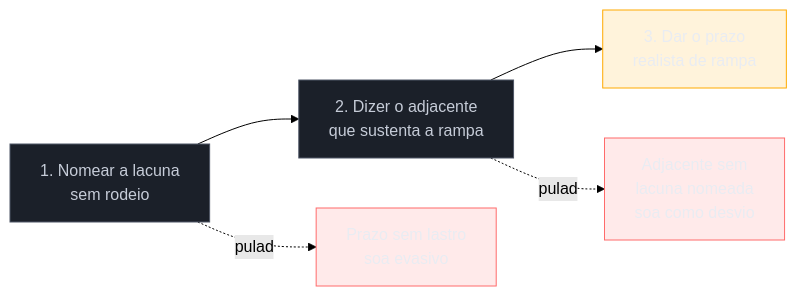
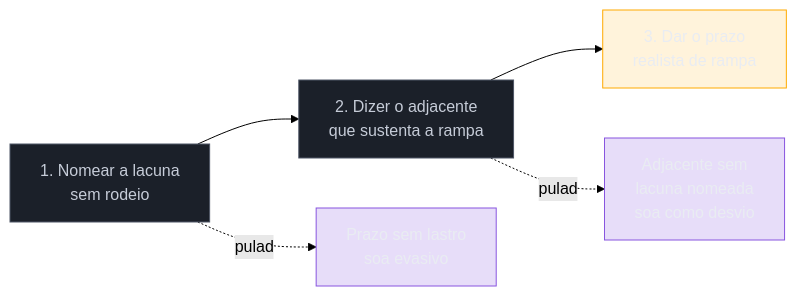
Before and after one commit to josenaldo/codex-technomanticus: the second of 2 diagrams in 03-Dominios/Carreira/Currículo/19 - Declarar lacuna.md, drawn with Mermaid (forest theme). The commit also changed other lines of this file and 601 other files, not shown here.

````diff
--- a/03-Dominios/Carreira/Currículo/19 - Declarar lacuna.md
+++ b/03-Dominios/Carreira/Currículo/19 - Declarar lacuna.md
@@ -136,17 +136,17 @@
 ```mermaid
 graph LR
+    classDef marca fill:#8855DF33,stroke:#8855DF,color:#E9ECF2
     classDef neutro fill:#1B2029,stroke:#4E5666,color:#C6CCD8
     classDef destaque fill:#FFAA0024,stroke:#FFAA00,color:#E9ECF2
-    classDef falha fill:#FF6B6B24,stroke:#FF6B6B,color:#E9ECF2
     N["1. Nomear a lacuna<br/>sem rodeio"] --> A["2. Dizer o adjacente<br/>que sustenta a rampa"]
     A --> P["3. Dar o prazo<br/>realista de rampa"]
 
     N -.pulado.-> E1["Prazo sem lastro<br/>soa evasivo"]
     A -.pulado.-> E2["Adjacente sem<br/>lacuna nomeada<br/>soa como desvio"]
 
     class N neutro
     class A neutro
     class P destaque
-    class E1 falha
-    class E2 falha
+    class E1 marca
+    class E2 marca
 ```
````
